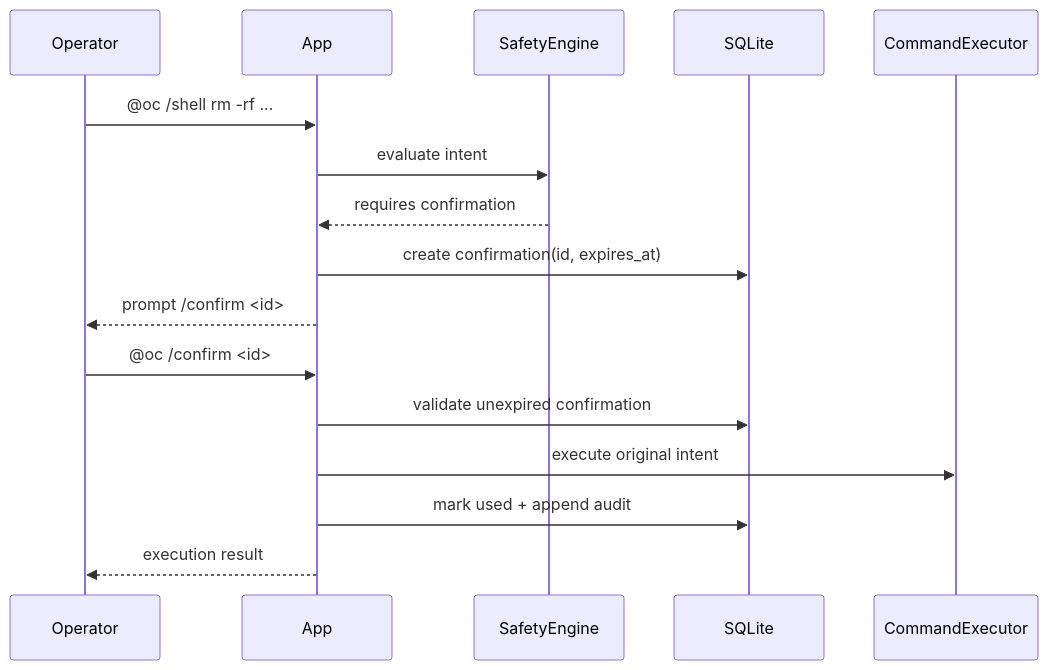
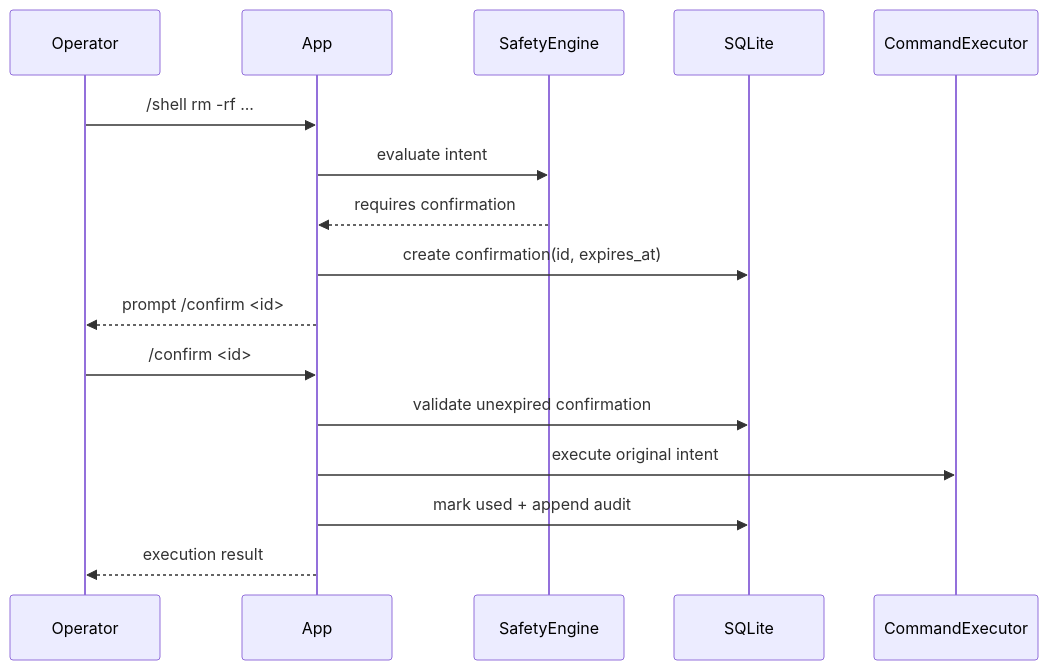
One commit to Traves-Theberge/opencode-remote changed the diagram in docs/architecture/06-sequence-dangerous-confirmation.md. Above: the diagram before and after it, drawn with Mermaid. The commit also changed 51 other files, not shown here.

````diff
--- a/docs/architecture/06-sequence-dangerous-confirmation.md
+++ b/docs/architecture/06-sequence-dangerous-confirmation.md
@@ -15,20 +15,20 @@
 ```mermaid
 sequenceDiagram
   participant USER as Operator
   participant APP as App
   participant SAFETY as SafetyEngine
   participant DB as SQLite
   participant EXEC as CommandExecutor
 
-  USER->>APP: @oc /shell rm -rf ...
+  USER->>APP: /shell rm -rf ...
   APP->>SAFETY: evaluate intent
   SAFETY-->>APP: requires confirmation
   APP->>DB: create confirmation(id, expires_at)
   APP-->>USER: prompt /confirm <id>
 
-  USER->>APP: @oc /confirm <id>
+  USER->>APP: /confirm <id>
   APP->>DB: validate unexpired confirmation
   APP->>EXEC: execute original intent
   APP->>DB: mark used + append audit
   APP-->>USER: execution result
 ```
````
